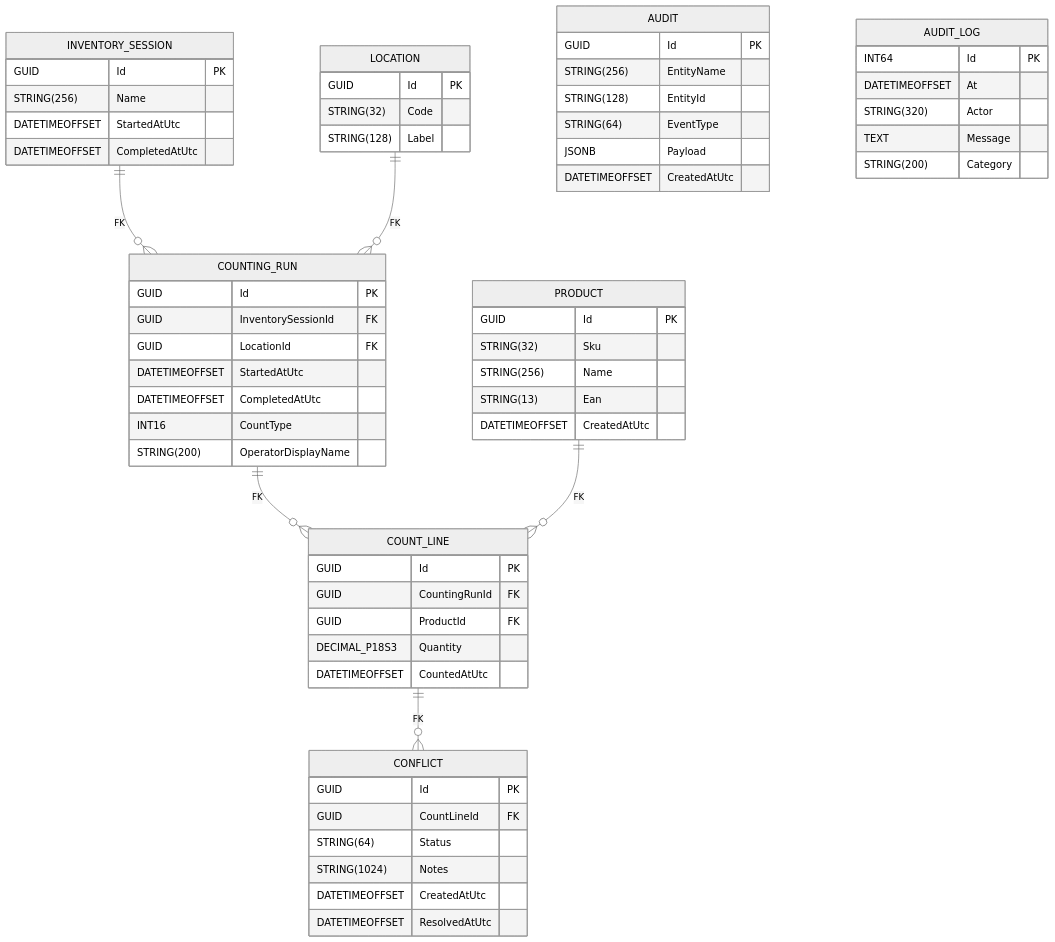
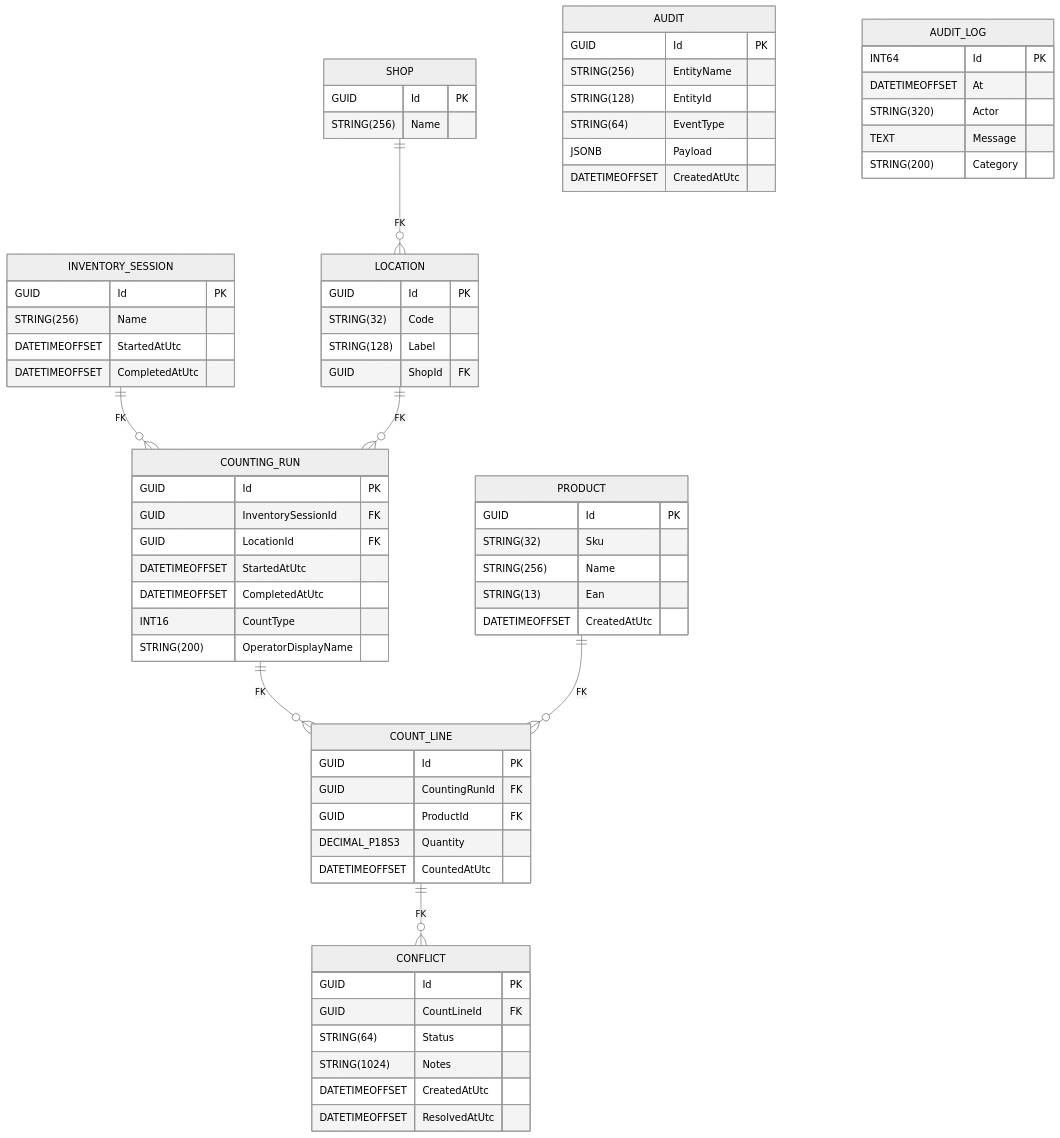
One commit to TSF-IT/CineBoutique-Inventaire changed the second of 2 diagrams in docs/database/README.md. Above: the diagram before and after it, drawn with Mermaid (neutral theme). The commit also changed other lines of this file and 8 other files, not shown here.

Commit message:
feat(db): add shop entity and location relation

````diff
--- a/docs/database/README.md
+++ b/docs/database/README.md
@@ -26,66 +28,72 @@
 ```mermaid
 erDiagram
+    SHOP {
+        GUID Id PK
+        STRING(256) Name
+    }
     PRODUCT {
         GUID Id PK
         STRING(32) Sku
         STRING(256) Name
         STRING(13) Ean
         DATETIMEOFFSET CreatedAtUtc
     }
     LOCATION {
         GUID Id PK
         STRING(32) Code
         STRING(128) Label
+        GUID ShopId FK
     }
     INVENTORY_SESSION {
         GUID Id PK
         STRING(256) Name
         DATETIMEOFFSET StartedAtUtc
         DATETIMEOFFSET CompletedAtUtc
     }
     COUNTING_RUN {
         GUID Id PK
         GUID InventorySessionId FK
         GUID LocationId FK
         DATETIMEOFFSET StartedAtUtc
         DATETIMEOFFSET CompletedAtUtc
         INT16 CountType
         STRING(200) OperatorDisplayName
     }
     COUNT_LINE {
         GUID Id PK
         GUID CountingRunId FK
         GUID ProductId FK
         DECIMAL_P18S3 Quantity
         DATETIMEOFFSET CountedAtUtc
     }
     CONFLICT {
         GUID Id PK
         GUID CountLineId FK
         STRING(64) Status
         STRING(1024) Notes
         DATETIMEOFFSET CreatedAtUtc
         DATETIMEOFFSET ResolvedAtUtc
     }
     AUDIT {
         GUID Id PK
         STRING(256) EntityName
         STRING(128) EntityId
         STRING(64) EventType
         JSONB Payload
         DATETIMEOFFSET CreatedAtUtc
     }
     AUDIT_LOG {
         INT64 Id PK
         DATETIMEOFFSET At
         STRING(320) Actor
         TEXT Message
         STRING(200) Category
     }
 
+    SHOP ||--o{ LOCATION : "FK"
     INVENTORY_SESSION ||--o{ COUNTING_RUN : "FK"
     LOCATION ||--o{ COUNTING_RUN : "FK"
     COUNTING_RUN ||--o{ COUNT_LINE : "FK"
     PRODUCT ||--o{ COUNT_LINE : "FK"
     COUNT_LINE ||--o{ CONFLICT : "FK"
 ```
````
